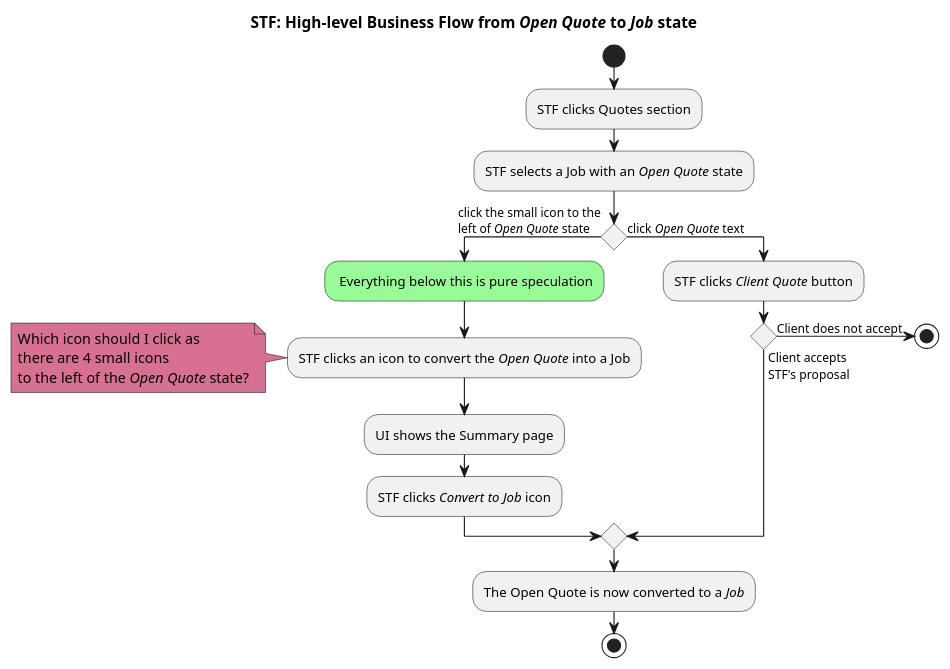
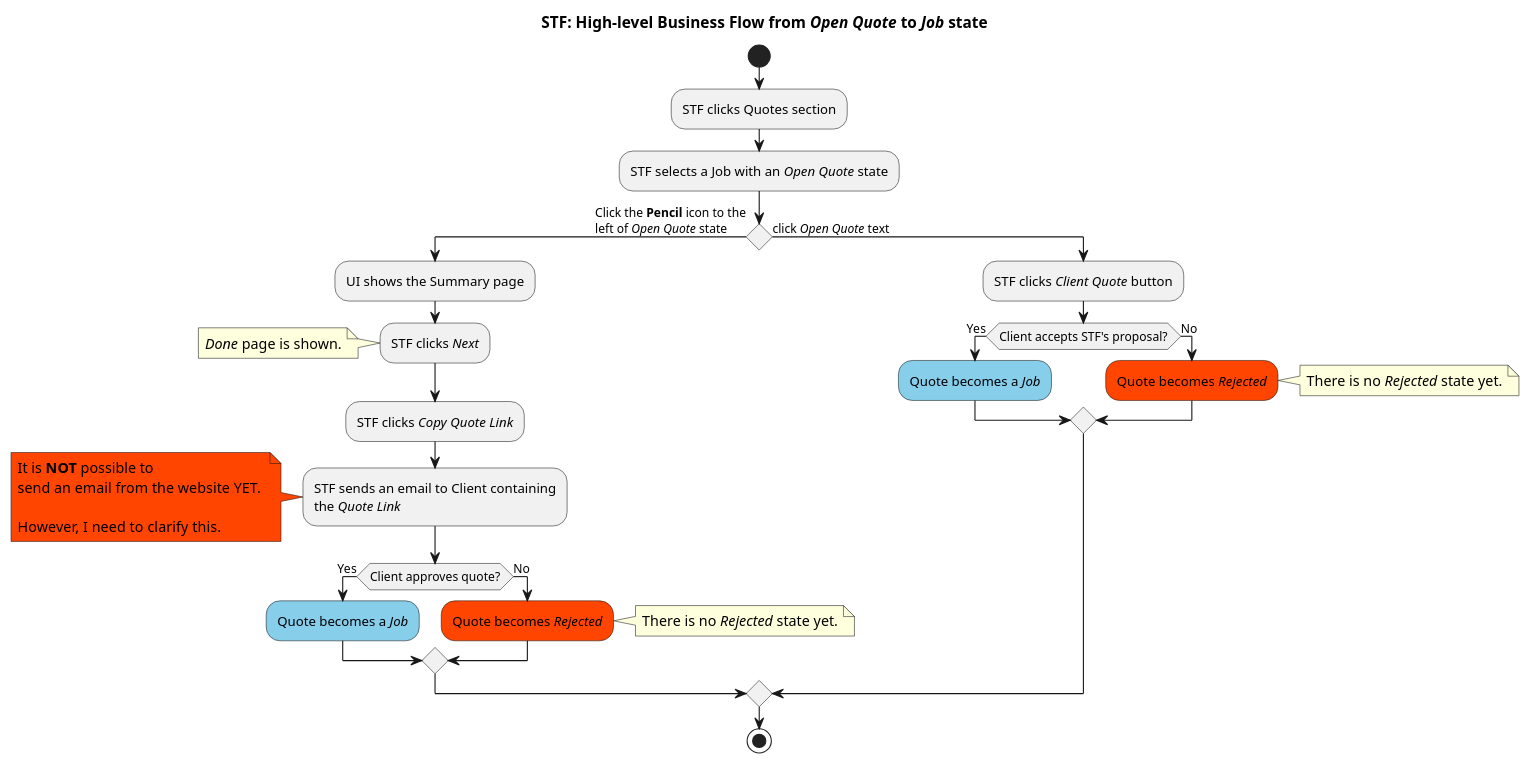
One commit to jpgacrama/NovariSpecs changed the diagram in STF/STF_OpenQuoteToJob.pu. Above: the diagram before and after it, drawn with PlantUML.

Commit message:
Committing flow from pencil icon vs. clicking the Open Quote text
I intent to just fuse the redundant items into one

```diff
--- a/STF/STF_OpenQuoteToJob.pu
+++ b/STF/STF_OpenQuoteToJob.pu
@@ -6,28 +6,47 @@
 @startuml
     title STF: High-level Business Flow from //Open Quote// to //Job// state
     start
     :STF clicks Quotes section;
     :STF selects a Job with an //Open Quote// state;
     
-    if () then (click the small icon to the\nleft of //Open Quote// state)
-        #PaleGreen: Everything below this is pure speculation;
-        :STF clicks an icon to convert the //Open Quote// into a Job;
+    if () then (Click the **Pencil** icon to the\nleft of //Open Quote// state)
+        :UI shows the Summary page;
+        :STF clicks //Next//;
+        
+        note left
+            //Done// page is shown.
+        end note
+        :STF clicks //Copy Quote Link//;
+        :STF sends an email to Client containing
+        the //Quote Link//;
 
-        note #PaleVioletRed
-            Which icon should I click as
-            there are 4 small icons
-            to the left of the //Open Quote// state?
+        note left #OrangeRed
+            It is **NOT** possible to
+            send an email from the website YET. 
+
+            However, I need to clarify this.
         end note
 
-        :UI shows the Summary page;
-        :STF clicks //Convert to Job// icon;
+        if (Client approves quote?) then (Yes)
+            #SkyBlue:Quote becomes a //Job//;
+        else (No)
+            #OrangeRed:Quote becomes //Rejected//;
+
+            note right
+                There is no //Rejected// state yet.
+            end note
+        endif
     else (click //Open Quote// text)
         :STF clicks //Client Quote// button;
-        if () then (Client does not accept)
-            stop
-        else(Client accepts\nSTF's proposal)
+        if (Client accepts STF's proposal?) then (Yes)
+            #SkyBlue:Quote becomes a //Job//;
+        else(No)
+            #OrangeRed:Quote becomes //Rejected//;
+
+            note right
+                There is no //Rejected// state yet.
+            end note
         endif
     endif
-    :The Open Quote is now converted to a //Job//;
     stop
 @enduml
```
